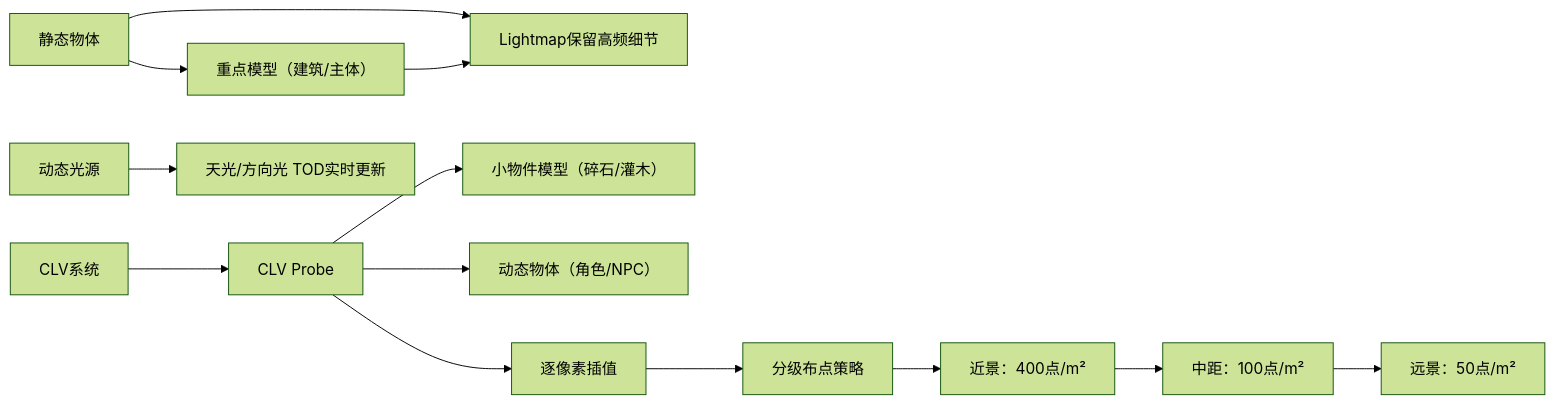
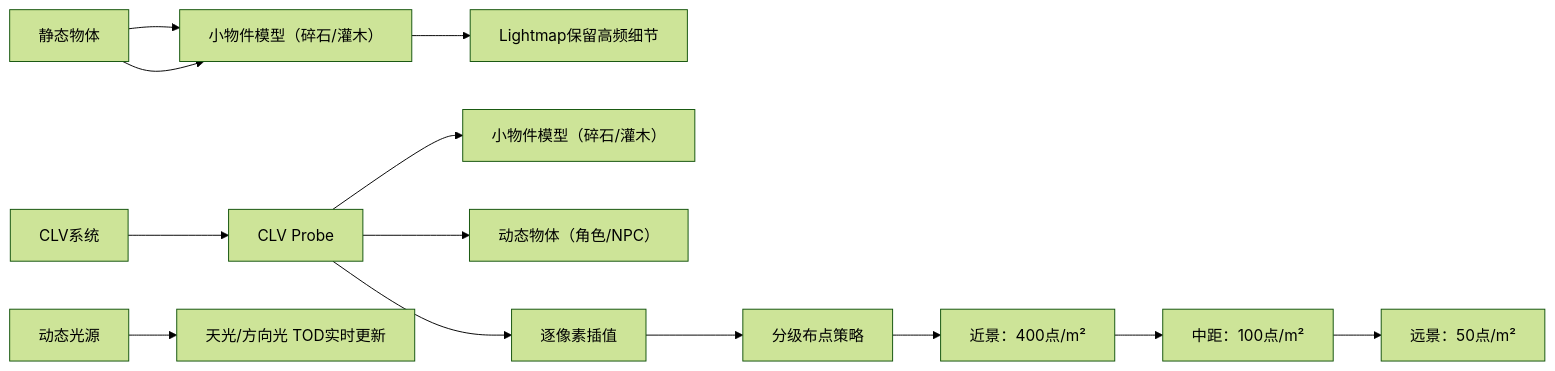
Before and after one commit to archieluan/iodraw-files: the diagram in all/未命名-5.md, drawn with Mermaid (forest theme).

Commit message:
2025-07-08 10:59:31 update

````diff
--- a/all/未命名-5.md
+++ b/all/未命名-5.md
@@ -1,22 +1,22 @@
 ```mermaid
 graph LR
     %% ===== 静态物体（独立处理）=====
     A[静态物体] --> A1["重点模型（建筑/主体）"]
-    A[静态物体] --> A2["小物件模型（碎石/灌木）"]
+    A[静态物体] --> A1["小物件模型（碎石/灌木）"]
     A1 --> A2["Lightmap保留高频细节"]
     
 
     %% ===== 动态系统（小物件与动态物体合并）=====
     B[CLV系统] --> B1[CLV Probe]
     B1 --> B2["小物件模型（碎石/灌木）"]
     B1 --> B3["动态物体（角色/NPC）"]
     B1 --> B4[逐像素插值]
     B4 --> B5["分级布点策略"]
     B5 --> B6["近景：400点/m²"]
     B6 --> B7["中距：100点/m²"]
     B7 --> B8["远景：50点/m²"]
 
     %% ===== 动态光源（保持不变）=====
     C[动态光源] --> C1["天光/方向光 TOD实时更新"]
 
 ```
````
